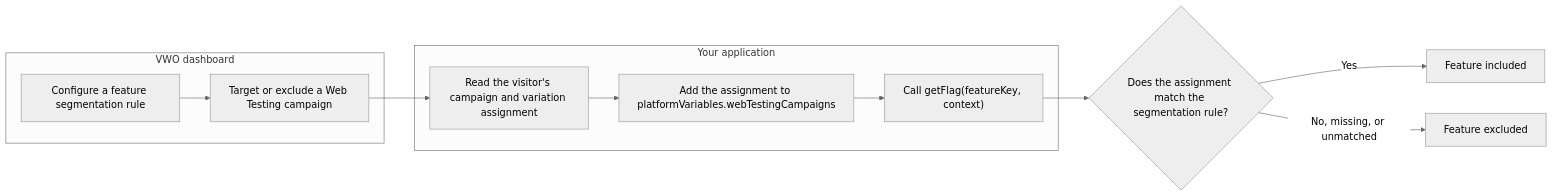
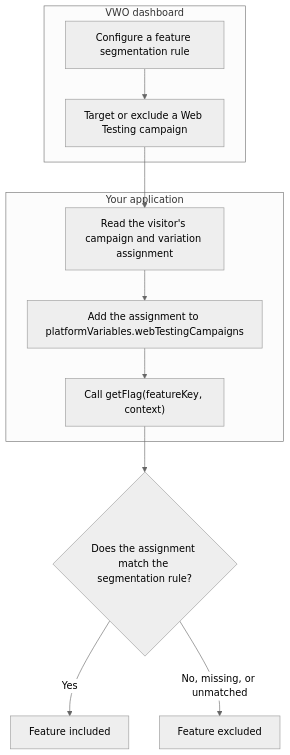
One commit to wingify/readme-central changed the first of 4 diagrams in docs/Mcp20server/delete-soon.md. Above: the diagram before and after it, drawn with Mermaid (neutral theme).

Commit message:
Update doc `delete-soon`

````diff
--- a/docs/Mcp20server/delete-soon.md
+++ b/docs/Mcp20server/delete-soon.md
@@ -10,20 +10,20 @@
 ```mermaid
-flowchart LR
+flowchart TD
   subgraph Dashboard["VWO dashboard"]
     A["Configure a feature segmentation rule"]
     B["Target or exclude a Web Testing campaign"]
     A --> B
   end
 
   subgraph Application["Your application"]
     C["Read the visitor's campaign and variation assignment"]
     D["Add the assignment to platformVariables.webTestingCampaigns"]
     E["Call getFlag(featureKey, context)"]
     C --> D --> E
   end
 
   B --> C
   E --> F{"Does the assignment match the segmentation rule?"}
   F -- "Yes" --> G["Feature included"]
   F -- "No, missing, or unmatched" --> H["Feature excluded"]
 ```
````
